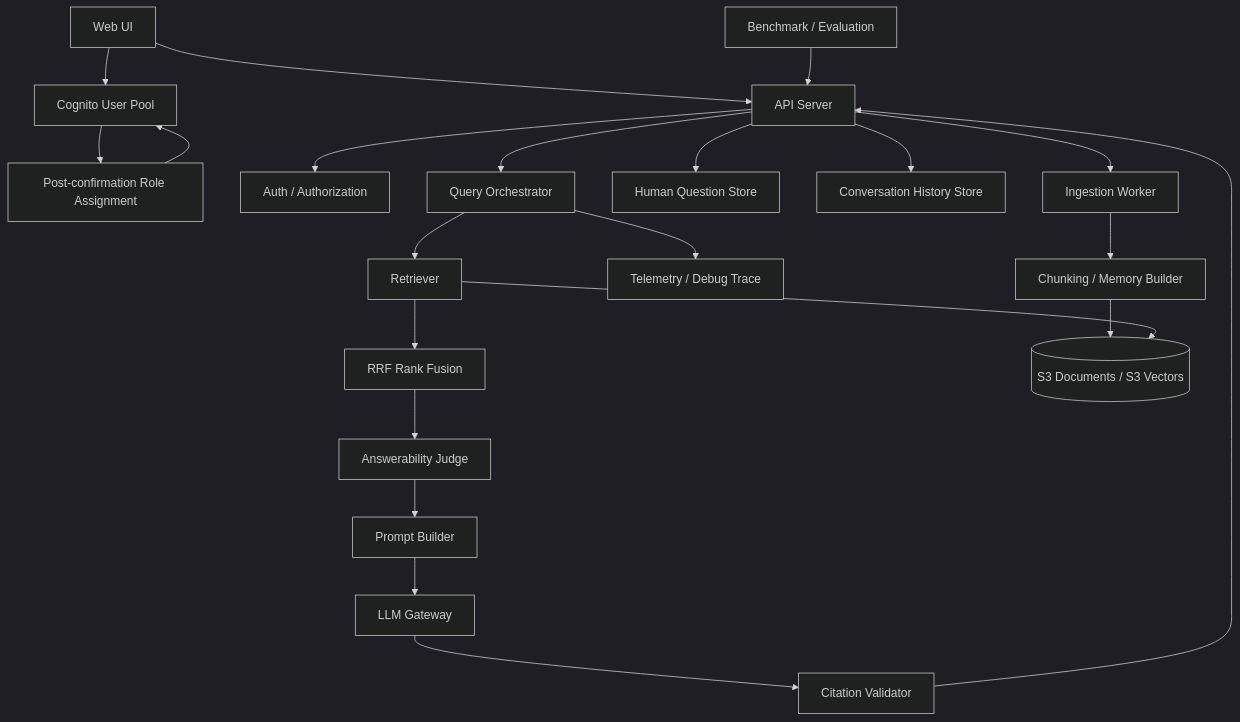
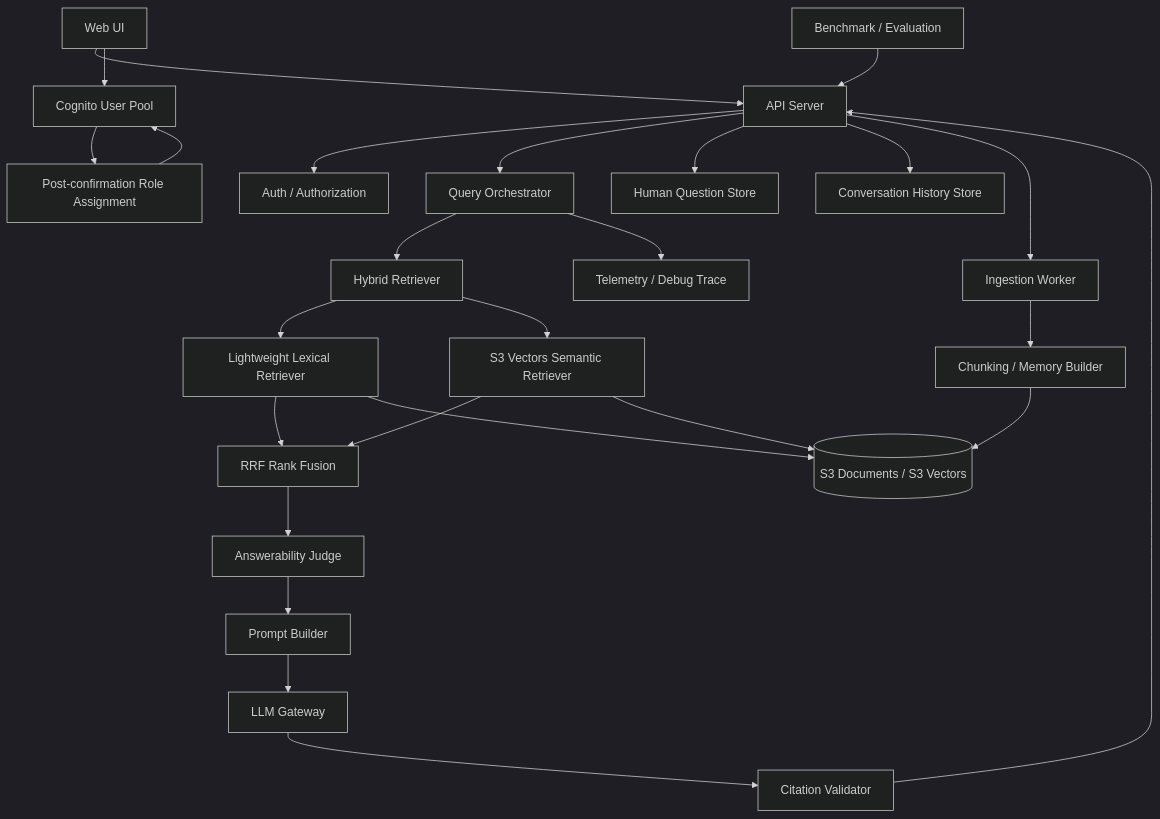
Before and after one commit to tsuji-tomonori/rag-assist: the first of 2 diagrams in memorag-bedrock-mvp/docs/2_アーキテクチャ_ARC/11_ビュー_VIEW/ARC_VIEW_001.md, drawn with Mermaid (dark theme). The commit also changed other lines of this file and 12 other files, not shown here.

````diff
--- a/memorag-bedrock-mvp/docs/2_アーキテクチャ_ARC/11_ビュー_VIEW/ARC_VIEW_001.md
+++ b/memorag-bedrock-mvp/docs/2_アーキテクチャ_ARC/11_ビュー_VIEW/ARC_VIEW_001.md
@@ -18,44 +18,50 @@
 ```mermaid
 flowchart TB
   Web[Web UI]
   Cognito[Cognito User Pool]
   SignupRole[Post-confirmation Role Assignment]
   Api[API Server]
   Auth[Auth / Authorization]
   Orchestrator[Query Orchestrator]
-  Retriever[Retriever]
+  Retriever[Hybrid Retriever]
+  Lexical[Lightweight Lexical Retriever]
+  Semantic[S3 Vectors Semantic Retriever]
   Fusion[RRF Rank Fusion]
   Judge[Answerability Judge]
   Prompt[Prompt Builder]
   Llm[LLM Gateway]
   Citation[Citation Validator]
   Eval[Benchmark / Evaluation]
   Trace[Telemetry / Debug Trace]
   Questions[Human Question Store]
   History[Conversation History Store]
   Ingest[Ingestion Worker]
   Chunk[Chunking / Memory Builder]
   Store[(S3 Documents / S3 Vectors)]
 
   Web --> Api
   Web --> Cognito
   Cognito --> SignupRole
   SignupRole --> Cognito
   Api --> Auth
   Api --> Orchestrator
   Orchestrator --> Retriever
-  Retriever --> Fusion
+  Retriever --> Lexical
+  Retriever --> Semantic
+  Lexical --> Fusion
+  Semantic --> Fusion
   Fusion --> Judge
   Judge --> Prompt
   Prompt --> Llm
   Llm --> Citation
   Citation --> Api
   Orchestrator --> Trace
   Api --> Questions
   Api --> History
   Eval --> Api
   Api --> Ingest
   Ingest --> Chunk
   Chunk --> Store
-  Retriever --> Store
+  Lexical --> Store
+  Semantic --> Store
 ```
````
